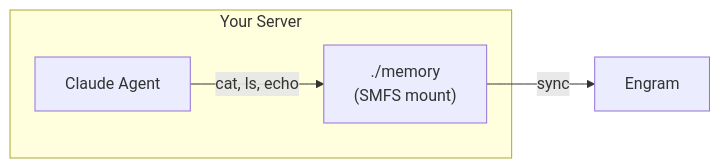
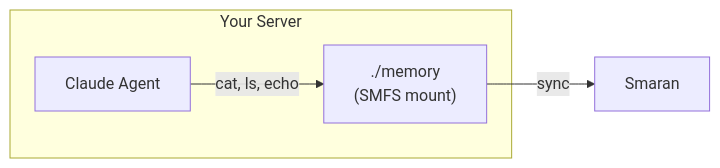
One commit to Ayushpani/engram changed the first of 2 diagrams in apps/docs/smfs/providers/vercel.mdx. Above: the diagram before and after it, drawn with Mermaid. The commit also changed other lines of this file and 219 other files, not shown here.

````diff
--- a/apps/docs/smfs/providers/vercel.mdx
+++ b/apps/docs/smfs/providers/vercel.mdx
@@ -25,7 +25,7 @@
 ```mermaid
 graph LR
     subgraph Your Server
         Agent["Claude Agent"] -->|"cat, ls, echo"| Mount["./memory<br/>(SMFS mount)"]
     end
-    Mount -->|sync| SM["Engram"]
+    Mount -->|sync| SM["Smaran"]
 ```
````
